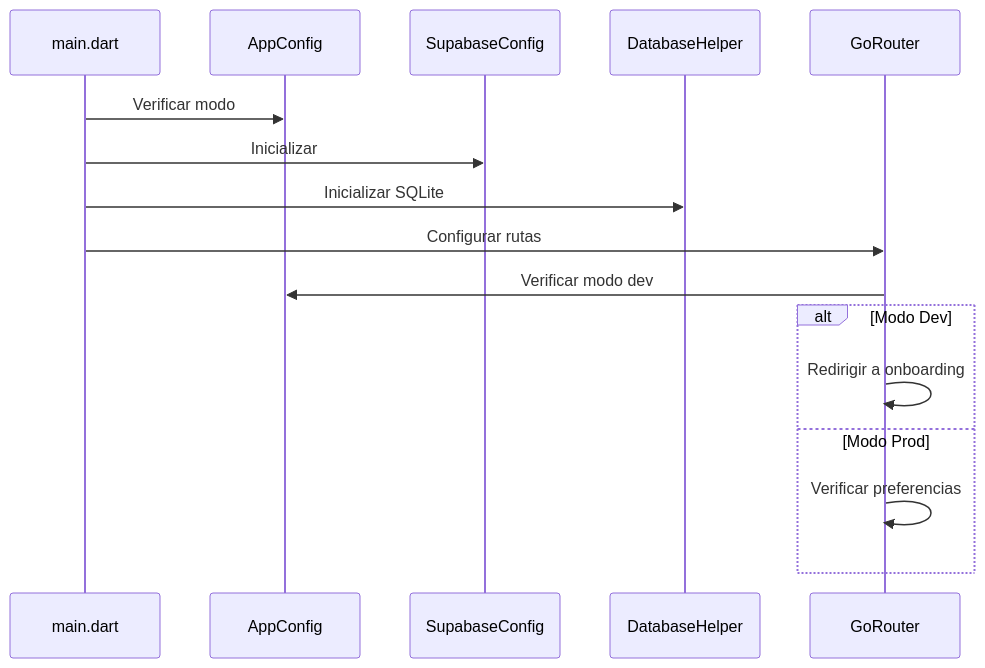
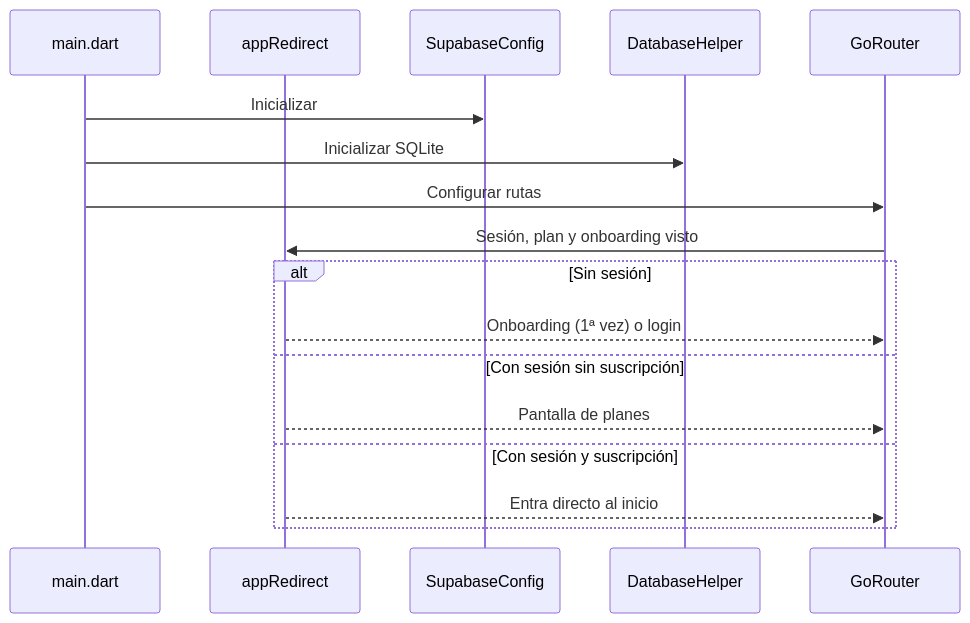
Before and after one commit to cristianvg9704/MyCarApp: the second of 4 diagrams in docs/ARCHITECTURE_DIAGRAM.md, drawn with Mermaid. The commit also changed other lines of this file and 11 other files, not shown here.

````diff
--- a/docs/ARCHITECTURE_DIAGRAM.md
+++ b/docs/ARCHITECTURE_DIAGRAM.md
@@ -49,19 +49,20 @@
 ```mermaid
 sequenceDiagram
     participant App as main.dart
-    participant Config as AppConfig
+    participant Access as appRedirect
     participant Supabase as SupabaseConfig
     participant DB as DatabaseHelper
     participant Router as GoRouter
 
-    App->>Config: Verificar modo
     App->>Supabase: Inicializar
     App->>DB: Inicializar SQLite
     App->>Router: Configurar rutas
-    Router->>Config: Verificar modo dev
-    alt Modo Dev
-        Router->>Router: Redirigir a onboarding
-    else Modo Prod
-        Router->>Router: Verificar preferencias
+    Router->>Access: Sesión, plan y onboarding visto
+    alt Sin sesión
+        Access-->>Router: Onboarding (1ª vez) o login
+    else Con sesión sin suscripción
+        Access-->>Router: Pantalla de planes
+    else Con sesión y suscripción
+        Access-->>Router: Entra directo al inicio
     end
 ```
````
